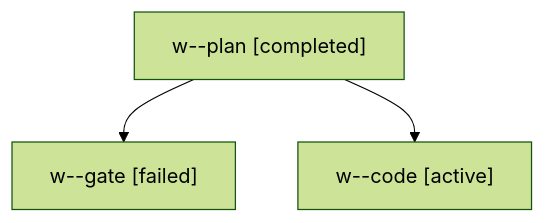
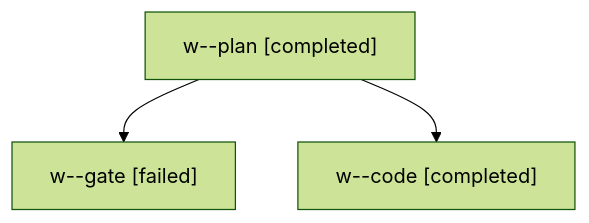
Before and after one commit to bobs-org/bob-cli--agents: the diagram in sessions/bbugyi200.apollo.w.md, drawn with Mermaid (forest theme). The commit also changed other lines of this file and 5 other files, not shown here.

````diff
--- a/sessions/bbugyi200.apollo.w.md
+++ b/sessions/bbugyi200.apollo.w.md
@@ -9,8 +9,8 @@
 ```mermaid
 flowchart TD
   n0["w--plan [completed]"]
   n1["w--gate [failed]"]
   n0 --> n1
-  n2["w--code [active]"]
+  n2["w--code [completed]"]
   n0 --> n2
 ```
````
